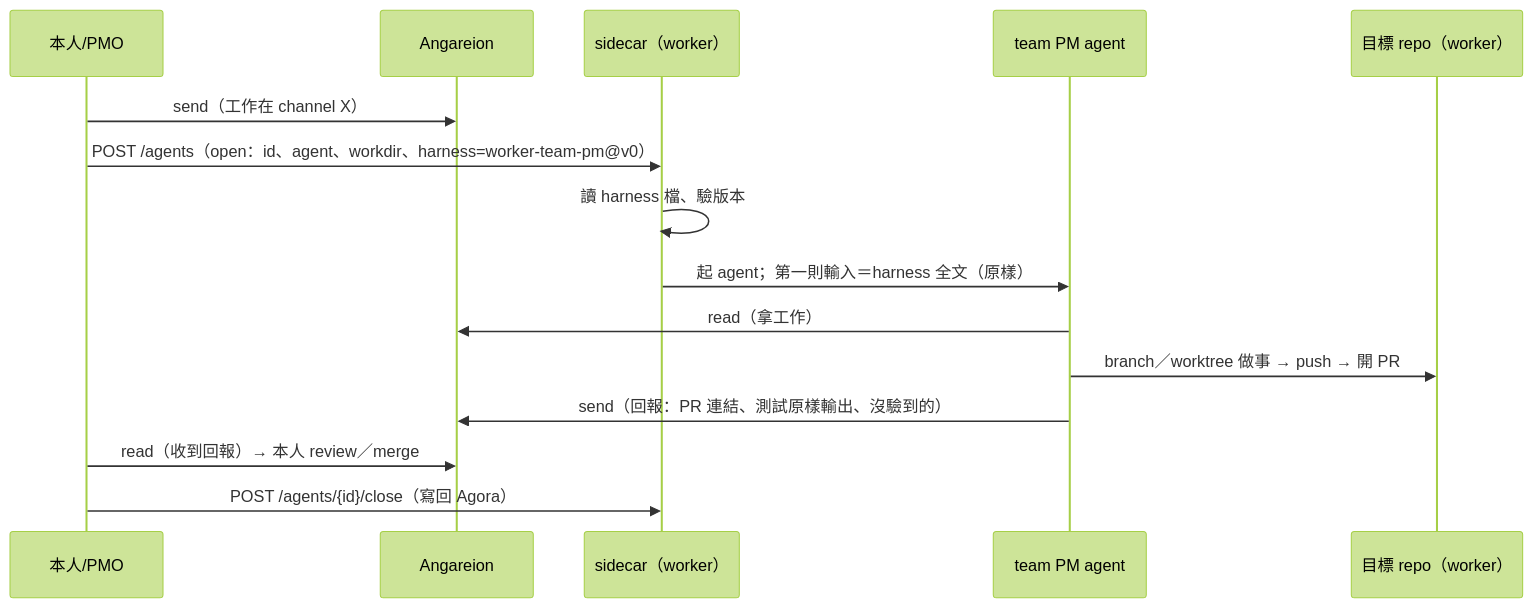
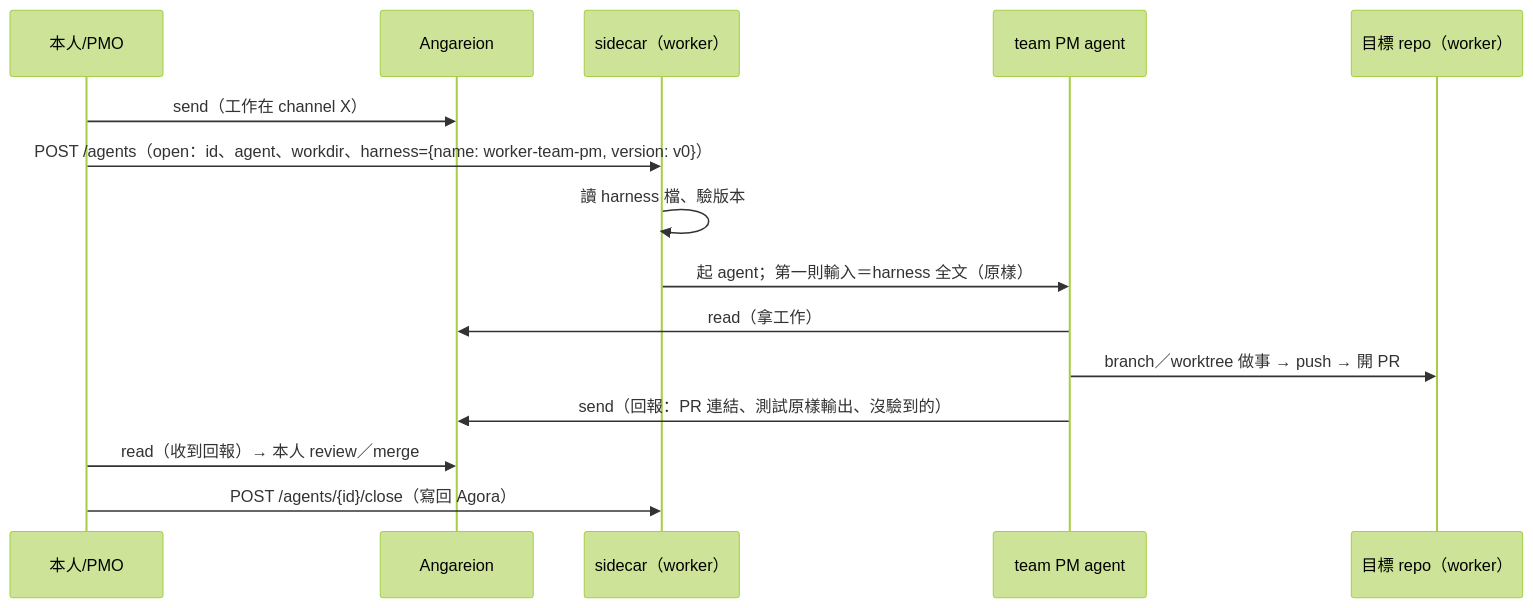
Before and after one commit to FATESAIKOU/MyAiStorage: the diagram in docs/atelier/interface-summary.md, drawn with Mermaid (forest theme). The commit also changed other lines of this file and 5 other files, not shown here.

````diff
--- a/docs/atelier/interface-summary.md
+++ b/docs/atelier/interface-summary.md
@@ -19,17 +19,17 @@
 ```mermaid
 sequenceDiagram
     participant U as 本人/PMO
     participant Ang as Angareion
     participant SC as sidecar（worker）
     participant PM as team PM agent
     participant Repo as 目標 repo（worker）
     U->>Ang: send（工作在 channel X）
-    U->>SC: POST /agents（open：id、agent、workdir、harness=worker-team-pm@v0）
+    U->>SC: POST /agents（open：id、agent、workdir、harness={name: worker-team-pm, version: v0}）
     SC->>SC: 讀 harness 檔、驗版本
     SC->>PM: 起 agent；第一則輸入＝harness 全文（原樣）
     PM->>Ang: read（拿工作）
     PM->>Repo: branch／worktree 做事 → push → 開 PR
     PM->>Ang: send（回報：PR 連結、測試原樣輸出、沒驗到的）
     U->>Ang: read（收到回報）→ 本人 review／merge
     U->>SC: POST /agents/{id}/close（寫回 Agora）
 ```
````
